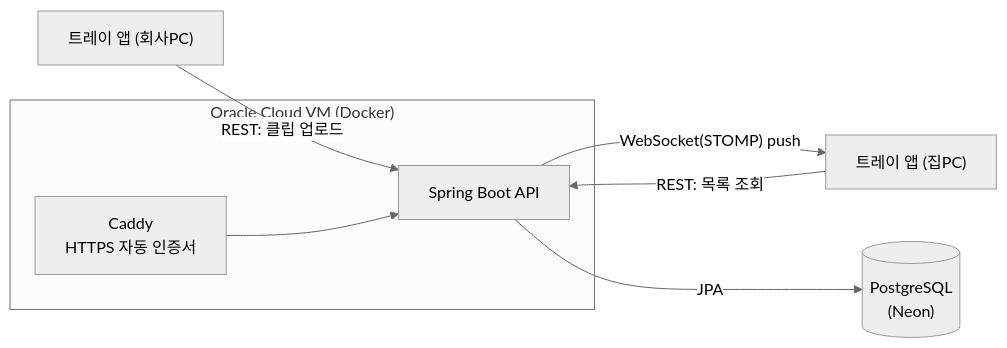
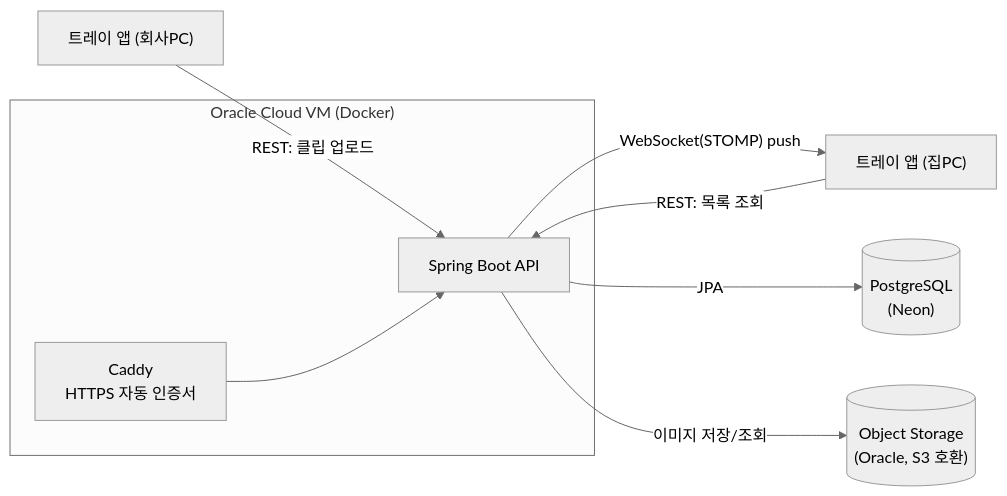
One commit to kbsjh8870/ClipVault changed the diagram in README.md. Above: the diagram before and after it, drawn with Mermaid (neutral theme). The commit also changed other lines of this file and 3 other files, not shown here.

````diff
--- a/README.md
+++ b/README.md
@@ -45,10 +46,11 @@
 ```mermaid
 flowchart LR
     A["트레이 앱 (회사PC)"] -- "REST: 클립 업로드" --> S
     S -- "WebSocket(STOMP) push" --> B["트레이 앱 (집PC)"]
     B -- "REST: 목록 조회" --> S
     subgraph Server["Oracle Cloud VM (Docker)"]
         C["Caddy<br/>HTTPS 자동 인증서"] --> S["Spring Boot API"]
     end
     S -- "JPA" --> D[("PostgreSQL<br/>(Neon)")]
+    S -- "이미지 저장/조회" --> O[("Object Storage<br/>(Oracle, S3 호환)")]
 ```
````
